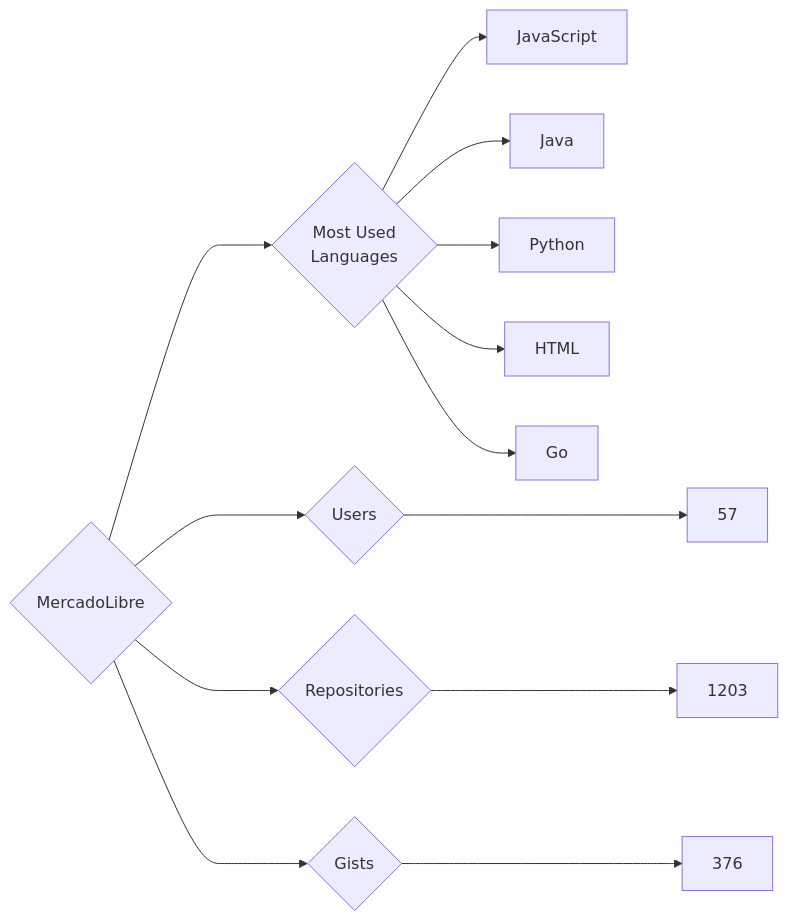
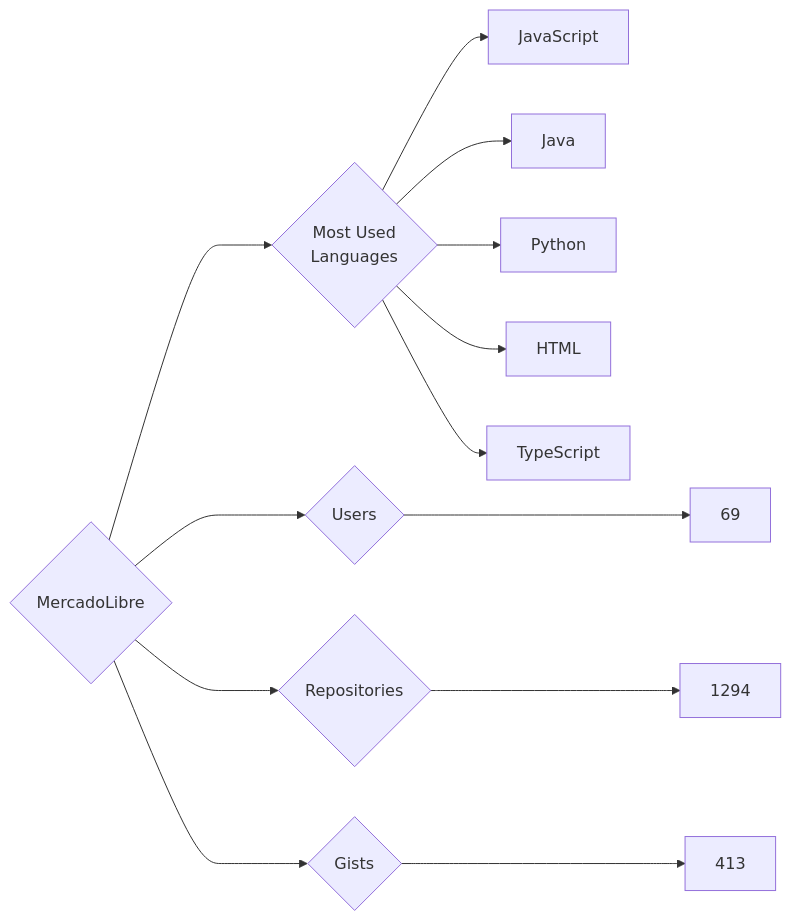
Before and after one commit to trickest/insiders: the diagram in targets/MercadoLibre/README.md, drawn with Mermaid. The commit also changed 534 other files, not shown here.

````diff
--- a/targets/MercadoLibre/README.md
+++ b/targets/MercadoLibre/README.md
@@ -3,13 +3,13 @@
 ```mermaid
 graph LR
 COMPANY_NAME{MercadoLibre}
-COMPANY_NAME ---> U{Users} ---> UN[57]
-COMPANY_NAME ---> R{Repositories} ---> RN[1203]
-COMPANY_NAME ---> G{Gists} ---> GN[376]
+COMPANY_NAME ---> U{Users} ---> UN[69]
+COMPANY_NAME ---> R{Repositories} ---> RN[1294]
+COMPANY_NAME ---> G{Gists} ---> GN[413]
 COMPANY_NAME ---> ML{Most Used<br>Languages}
 ML --> JavaScript[JavaScript]
 ML --> Java[Java]
 ML --> Python[Python]
 ML --> HTML[HTML]
-ML --> Go[Go]
+ML --> TypeScript[TypeScript]
 ```
````
